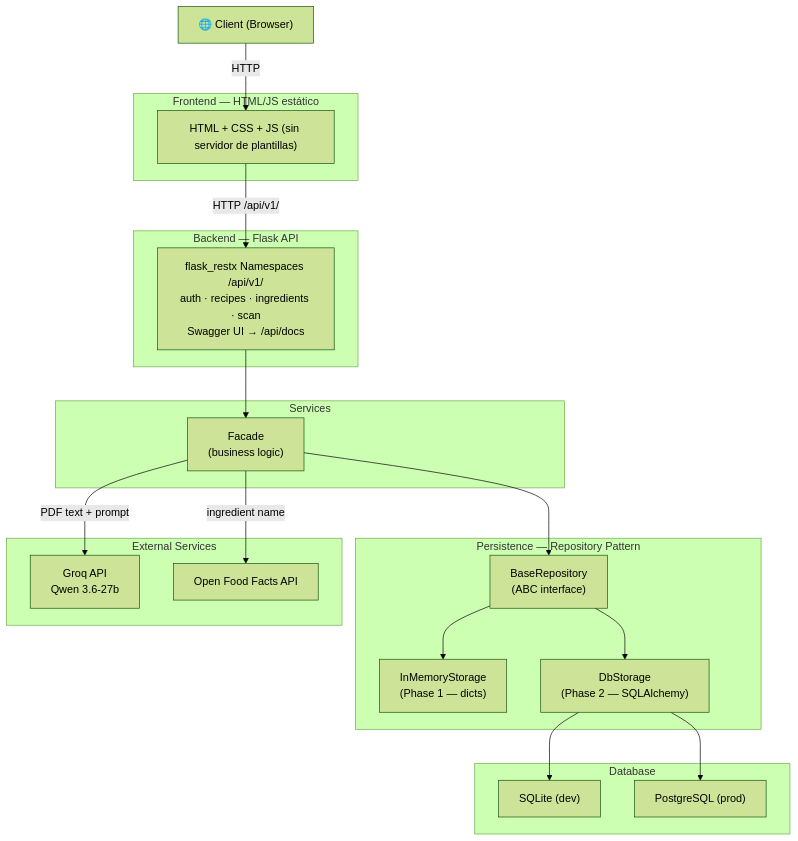
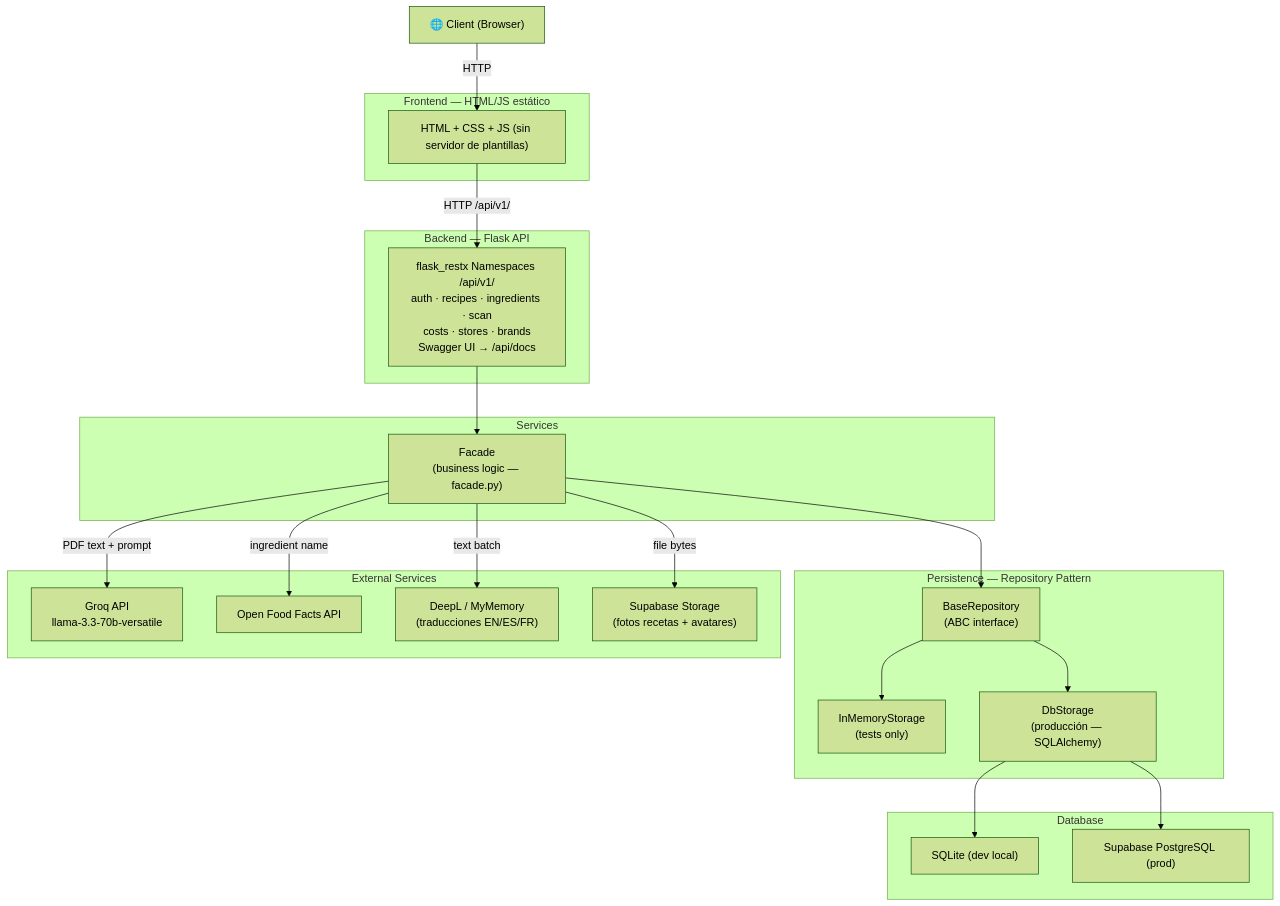
Before and after one commit to juliangf94/recipe-scanner: the first of 5 diagrams in Docs/STAGE3.md, drawn with Mermaid (forest theme). The commit also changed other lines of this file and 6 other files, not shown here.

````diff
--- a/Docs/STAGE3.md
+++ b/Docs/STAGE3.md
@@ -118,43 +118,47 @@
 ```mermaid
 flowchart TD
     Browser["🌐 Client (Browser)"]
 
     subgraph Frontend["Frontend — HTML/JS estático"]
         FE["HTML + CSS + JS (sin servidor de plantillas)"]
     end
 
     subgraph Backend["Backend — Flask API"]
-        API["flask_restx Namespaces /api/v1/\nauth · recipes · ingredients · scan\nSwagger UI → /api/docs"]
+        API["flask_restx Namespaces /api/v1/\nauth · recipes · ingredients · scan\ncosts · stores · brands\nSwagger UI → /api/docs"]
     end
 
     subgraph Services["Services"]
-        Facade["Facade\n(business logic)"]
+        Facade["Facade\n(business logic — facade.py)"]
     end
 
     subgraph Persistence["Persistence — Repository Pattern"]
         Repo["BaseRepository\n(ABC interface)"]
-        Mem["InMemoryStorage\n(Phase 1 — dicts)"]
-        DB["DbStorage\n(Phase 2 — SQLAlchemy)"]
+        Mem["InMemoryStorage\n(tests only)"]
+        DB["DbStorage\n(producción — SQLAlchemy)"]
     end
 
     subgraph External["External Services"]
-        Groq["Groq API\nQwen 3.6-27b"]
+        Groq["Groq API\nllama-3.3-70b-versatile"]
         OFF["Open Food Facts API"]
+        DeepL["DeepL / MyMemory\n(traducciones EN/ES/FR)"]
+        Storage["Supabase Storage\n(fotos recetas + avatares)"]
     end
 
     subgraph Database["Database"]
-        SQLite["SQLite (dev)"]
-        PG["PostgreSQL (prod)"]
+        SQLite["SQLite (dev local)"]
+        PG["Supabase PostgreSQL (prod)"]
     end
 
     Browser -->|HTTP| FE
     FE -->|HTTP /api/v1/| API
     API --> Facade
     Facade --> Repo
     Facade -->|PDF text + prompt| Groq
     Facade -->|ingredient name| OFF
+    Facade -->|text batch| DeepL
+    Facade -->|file bytes| Storage
     Repo --> Mem
     Repo --> DB
     DB --> SQLite
     DB --> PG
 ```
````
